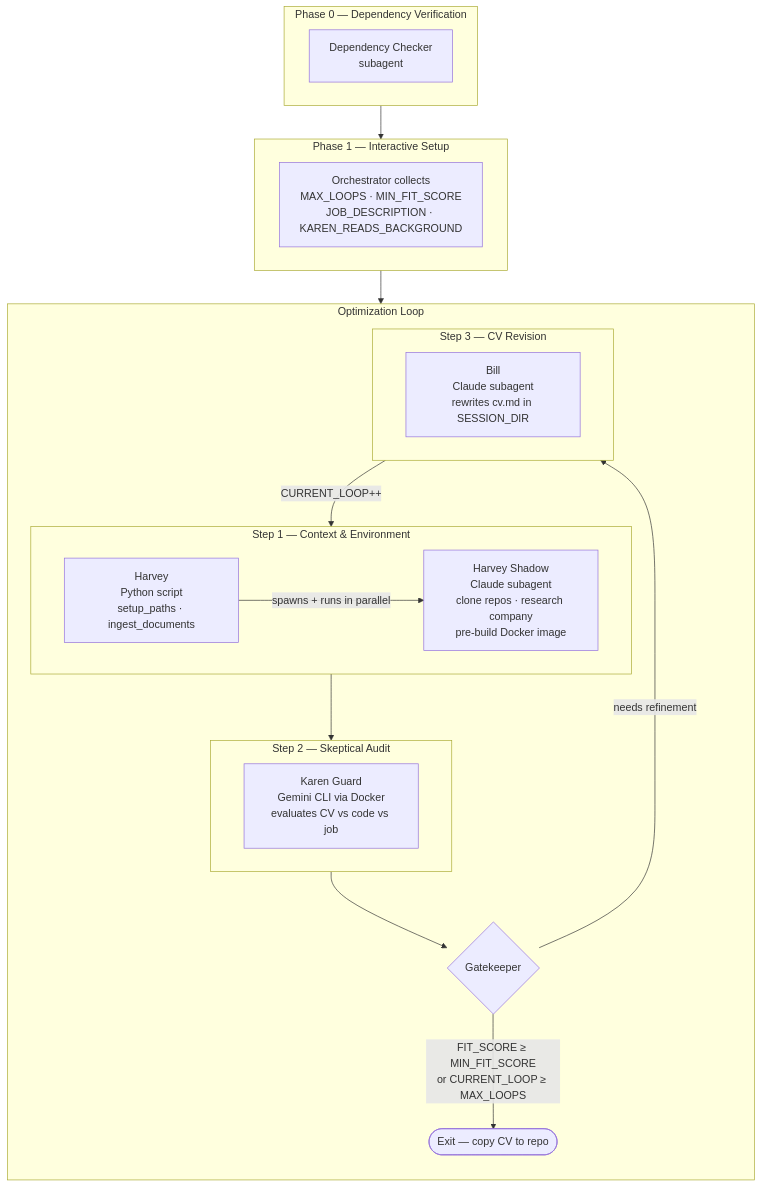
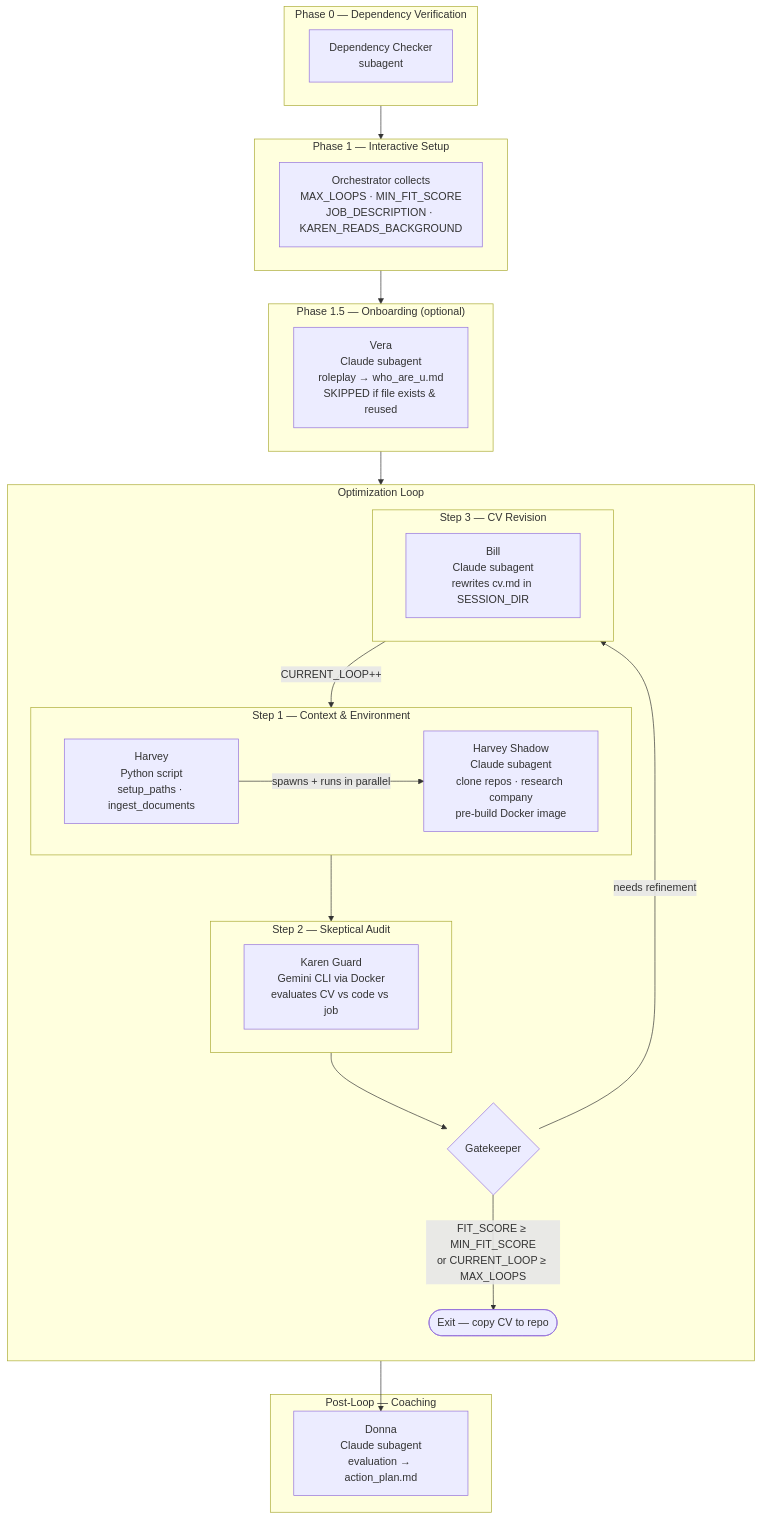
Before and after one commit to al4xdev/crime_alley_cv: the diagram in harvey_guy/main.md, drawn with Mermaid. The commit also changed other lines of this file and 7 other files, not shown here.

First line of the commit message:
feat: add Vera (onboarding) and Donna (coaching) agents around the core loop

````diff
--- a/harvey_guy/main.md
+++ b/harvey_guy/main.md
@@ -7,40 +7,49 @@
 ```mermaid
 graph TD
     subgraph Phase0["Phase 0 — Dependency Verification"]
         DC[Dependency Checker\nsubagent]
     end
 
     subgraph Phase1["Phase 1 — Interactive Setup"]
         Setup[Orchestrator collects\nMAX_LOOPS · MIN_FIT_SCORE\nJOB_DESCRIPTION · KAREN_READS_BACKGROUND]
+    end
+
+    subgraph Phase15["Phase 1.5 — Onboarding (optional)"]
+        Vera["Vera\nClaude subagent\nroleplay → who_are_u.md\nSKIPPED if file exists & reused"]
     end
 
     subgraph Loop["Optimization Loop"]
         direction TB
 
         subgraph Step1["Step 1 — Context & Environment"]
             HarveyPy["Harvey\nPython script\nsetup_paths · ingest_documents"]
             Shadow["Harvey Shadow\nClaude subagent\nclone repos · research company\npre-build Docker image"]
             HarveyPy -- "spawns + runs in parallel" --> Shadow
         end
 
         Step1 --> Step2
 
         subgraph Step2["Step 2 — Skeptical Audit"]
             Karen["Karen Guard\nGemini CLI via Docker\nevaluates CV vs code vs job"]
         end
 
         Step2 --> Gate
 
         Gate{Gatekeeper}
         Gate -- "FIT_SCORE ≥ MIN_FIT_SCORE\nor CURRENT_LOOP ≥ MAX_LOOPS" --> Exit([Exit — copy CV to repo])
         Gate -- "needs refinement" --> Step3
 
         subgraph Step3["Step 3 — CV Revision"]
             Bill["Bill\nClaude subagent\nrewrites cv.md in SESSION_DIR"]
         end
 
         Step3 -- "CURRENT_LOOP++" --> Step1
     end
 
-    Phase0 --> Phase1 --> Loop
+    subgraph PostLoop["Post-Loop — Coaching"]
+        Donna["Donna\nClaude subagent\nevaluation → action_plan.md"]
+    end
+
+    Phase0 --> Phase1 --> Phase15 --> Loop
+    Exit --> Donna
 ```
````
